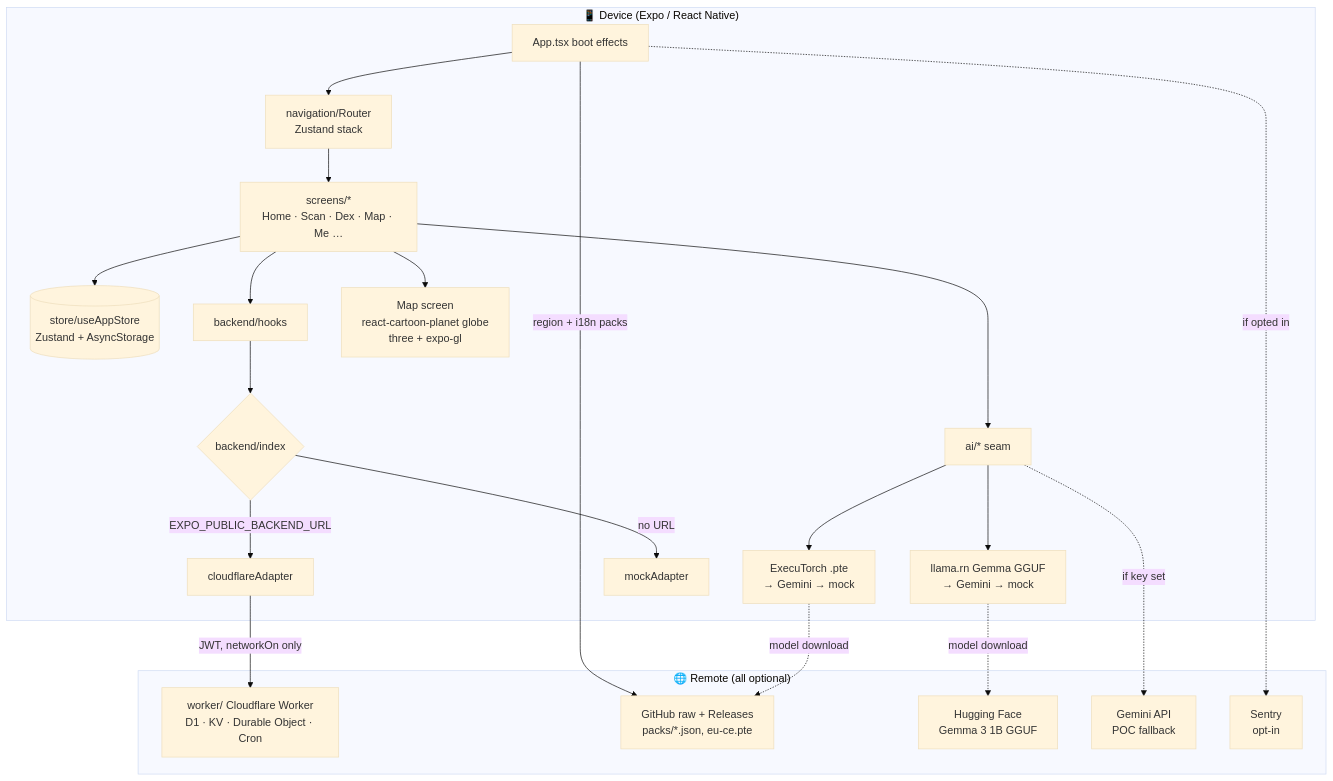
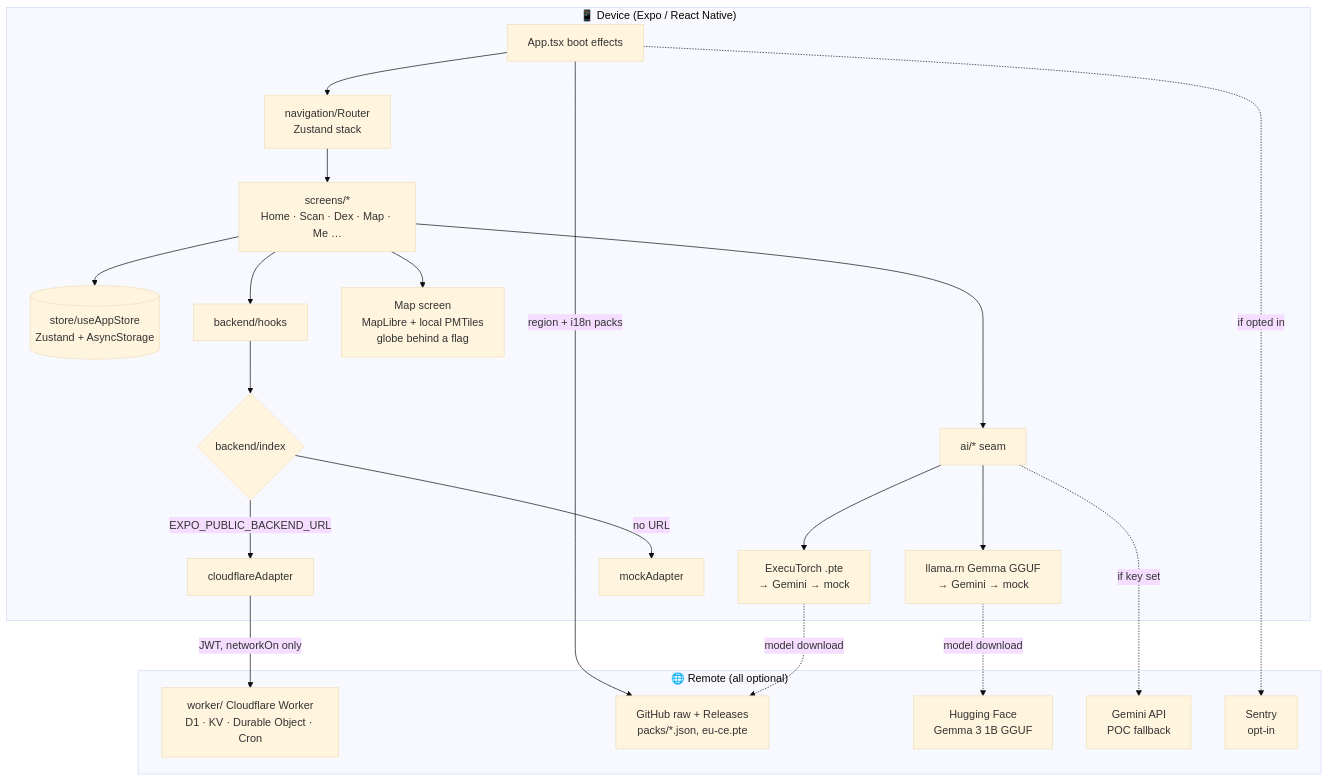
One commit to krzysztofradomski/critterboard changed the diagram in docs/architecture.md. Above: the diagram before and after it, drawn with Mermaid (base theme). The commit also changed other lines of this file and 18 other files, not shown here.

First line of the commit message:
Offline map spike: MapLibre Native + local PMTiles with sticker style

````diff
--- a/docs/architecture.md
+++ b/docs/architecture.md
@@ -11,31 +11,31 @@
 ```mermaid
 flowchart TB
   subgraph Device["📱 Device (Expo / React Native)"]
     App[App.tsx boot effects] --> Router[navigation/Router<br/>Zustand stack]
     Router --> Screens[screens/*<br/>Home · Scan · Dex · Map · Me …]
     Screens --> Store[(store/useAppStore<br/>Zustand + AsyncStorage)]
     Screens --> AI[ai/* seam]
     Screens --> Hooks[backend/hooks]
     AI --> Vision[ExecuTorch .pte<br/>→ Gemini → mock]
     AI --> Chat[llama.rn Gemma GGUF<br/>→ Gemini → mock]
     Hooks --> Adapter{backend/index}
     Adapter -->|no URL| Mock[mockAdapter]
     Adapter -->|EXPO_PUBLIC_BACKEND_URL| CF[cloudflareAdapter]
-    Screens --> Map[Map screen<br/>react-cartoon-planet globe<br/>three + expo-gl]
+    Screens --> Map[Map screen<br/>MapLibre + local PMTiles<br/>globe behind a flag]
   end
 
   subgraph Remote["🌐 Remote (all optional)"]
     Worker[worker/ Cloudflare Worker<br/>D1 · KV · Durable Object · Cron]
     GH[GitHub raw + Releases<br/>packs/*.json, eu-ce.pte]
     HF[Hugging Face<br/>Gemma 3 1B GGUF]
     Gemini[Gemini API<br/>POC fallback]
     Sentry[Sentry<br/>opt-in]
   end
 
   CF -->|JWT, networkOn only| Worker
   App -->|region + i18n packs| GH
   Vision -. model download .-> GH
   Chat -. model download .-> HF
   AI -. if key set .-> Gemini
   App -. if opted in .-> Sentry
 ```
````
